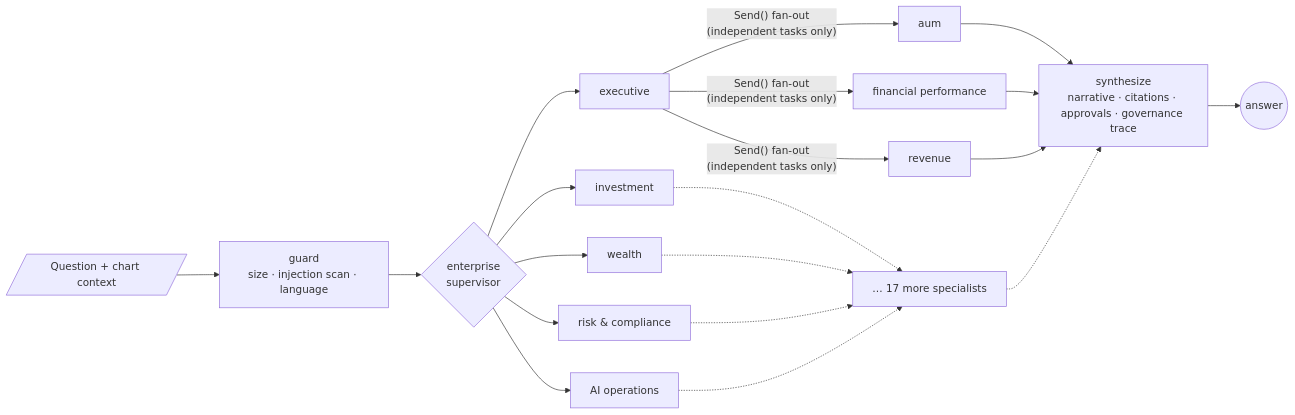
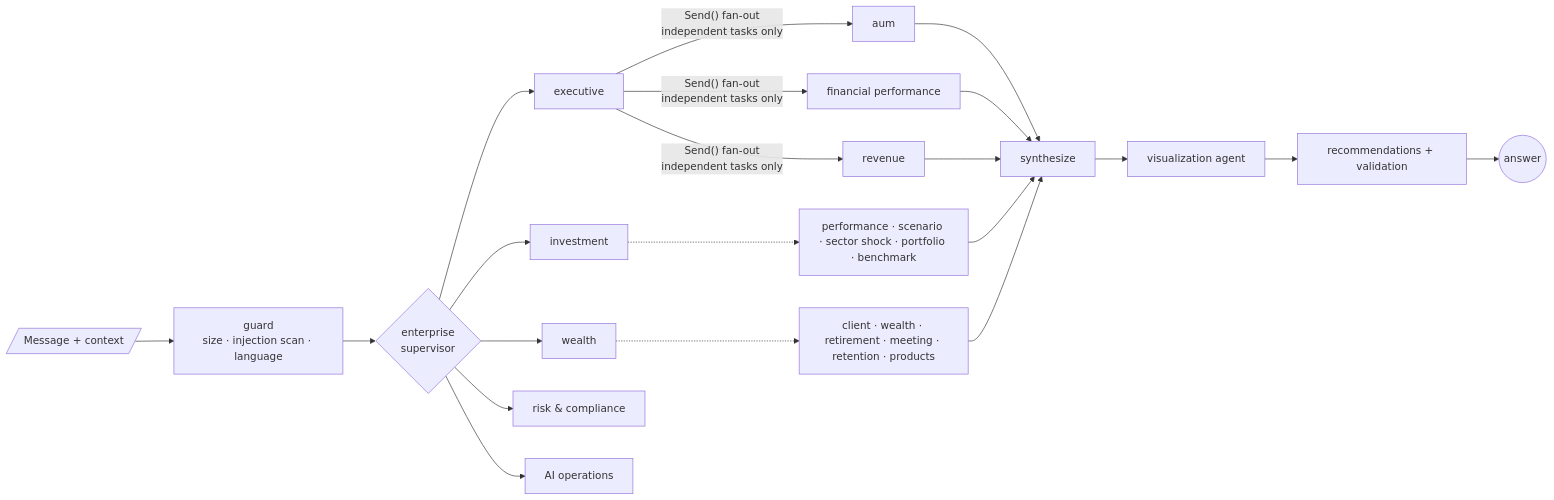
Before and after one commit to florina787/Data-sets: the third of 7 diagrams in flo-enterprise/README.md, drawn with Mermaid. The commit also changed other lines of this file and 67 other files, not shown here.

````diff
--- a/flo-enterprise/README.md
+++ b/flo-enterprise/README.md
@@ -369,10 +254,11 @@
 ```mermaid
 flowchart LR
-  Q[/"Question + chart context"/] --> G["guard<br/>size · injection scan · language"]
+  Q[/"Message + context"/] --> G["guard<br/>size · injection scan · language"]
   G --> ES{"enterprise<br/>supervisor"}
   ES --> EX["executive"] & IN["investment"] & WE["wealth"] & RC["risk & compliance"] & AO["AI operations"]
-  EX -- "Send() fan-out<br/>(independent tasks only)" --> S1["aum"] & S2["financial performance"] & S3["revenue"]
-  S1 & S2 & S3 --> SY["synthesize<br/>narrative · citations · approvals · governance trace"]
-  IN & WE & RC & AO -.-> SP["… 17 more specialists"] -.-> SY
-  SY --> E((answer))
+  EX -- "Send() fan-out<br/>independent tasks only" --> S1["aum"] & S2["financial performance"] & S3["revenue"]
+  IN -.-> S4["performance · scenario · sector shock · portfolio · benchmark"]
+  WE -.-> S5["client · wealth · retirement · meeting · retention · products"]
+  S1 & S2 & S3 & S4 & S5 --> SY["synthesize"]
+  SY --> VZ["visualization agent"] --> RE["recommendations + validation"] --> E((answer))
 ```
````
